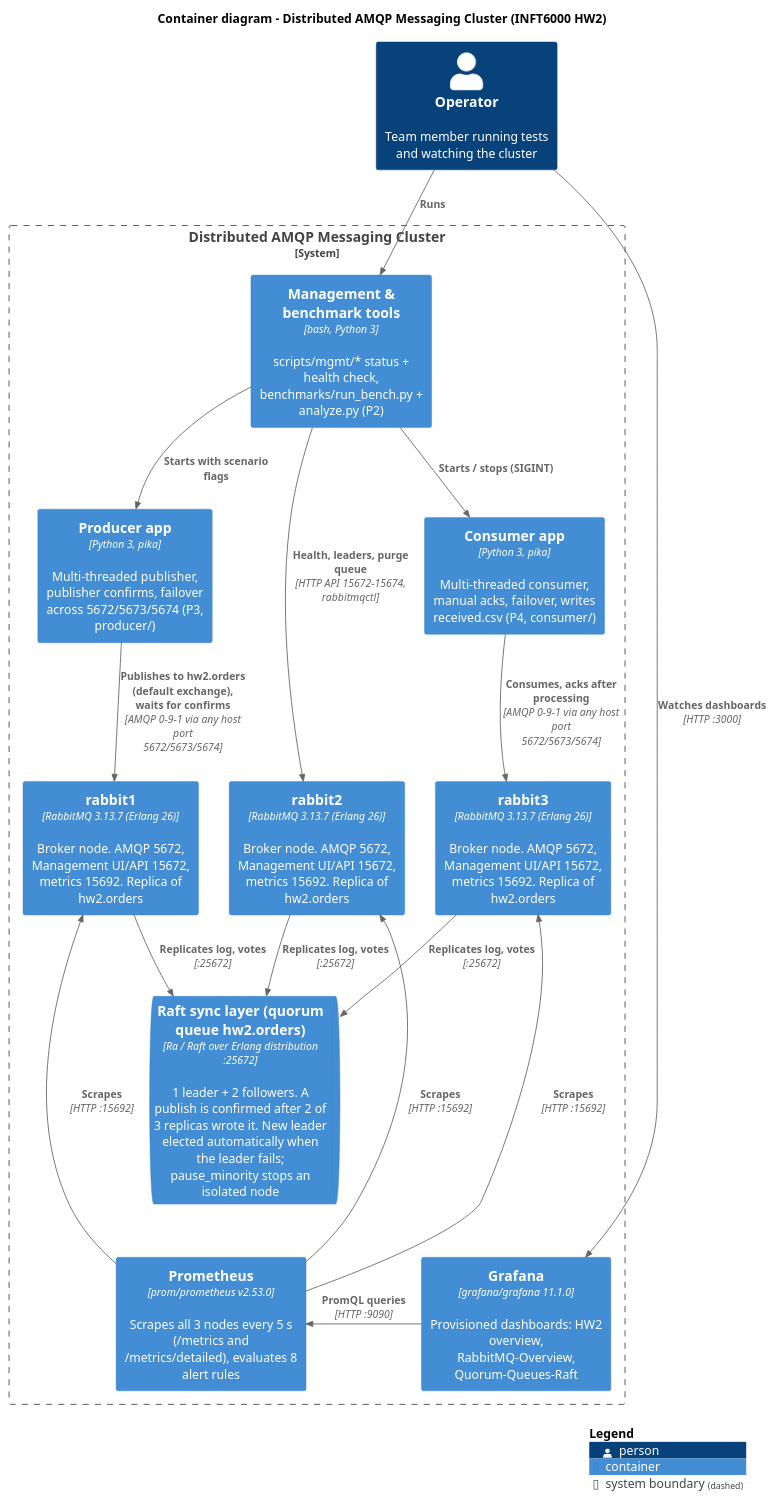
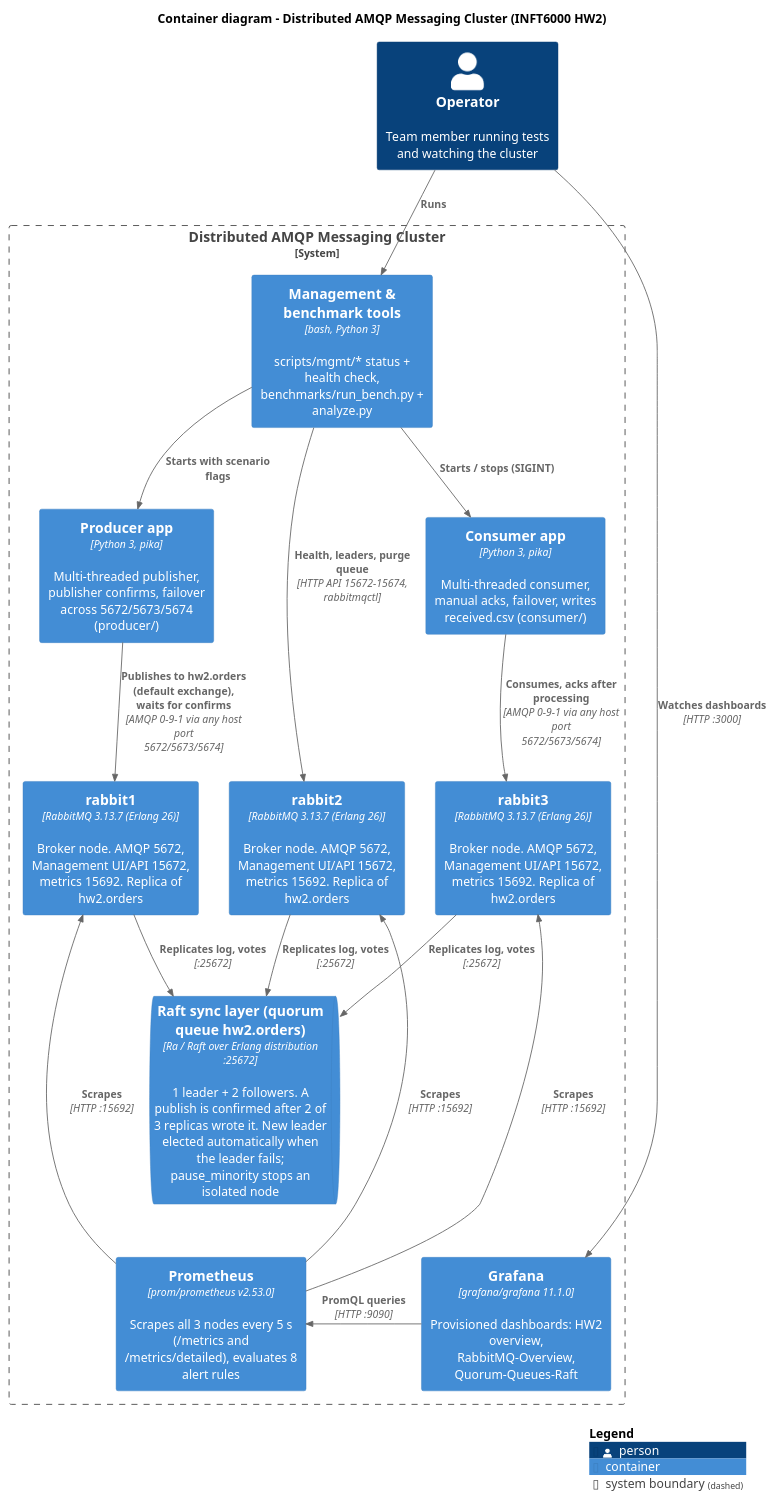
The diagram in docs/c4/container-diagram.puml (dimamverdiyeva15764/INFT6000-HW2-RabbitMQ-Cluster), drawn with PlantUML before and after one commit. The commit also changed 295 other files, not shown here.

```diff
--- a/docs/c4/container-diagram.puml
+++ b/docs/c4/container-diagram.puml
@@ -1,51 +1,51 @@
 @startuml container-diagram
-' C4 Level 2 - Container diagram (owner: P2). Matches docker-compose.yml and monitoring/.
+' C4 Level 2 - Container diagram. Matches docker-compose.yml and monitoring/.
 ' Render: paste into https://www.plantuml.com/plantuml  or  java -jar plantuml.jar -tpng container-diagram.puml
 !include https://raw.githubusercontent.com/plantuml-stdlib/C4-PlantUML/v2.11.0/C4_Container.puml
 
 LAYOUT_TOP_DOWN()
 title Container diagram - Distributed AMQP Messaging Cluster (INFT6000 HW2)
 
 Person(ops, "Operator", "Team member running tests and watching the cluster")
 
 System_Boundary(sys, "Distributed AMQP Messaging Cluster") {
-  Container(prod, "Producer app", "Python 3, pika", "Multi-threaded publisher, publisher confirms, failover across 5672/5673/5674 (P3, producer/)")
-  Container(tools, "Management & benchmark tools", "bash, Python 3", "scripts/mgmt/* status + health check, benchmarks/run_bench.py + analyze.py (P2)")
-  Container(cons, "Consumer app", "Python 3, pika", "Multi-threaded consumer, manual acks, failover, writes received.csv (P4, consumer/)")
+  Container(prod, "Producer app", "Python 3, pika", "Multi-threaded publisher, publisher confirms, failover across 5672/5673/5674 (producer/)")
+  Container(tools, "Management & benchmark tools", "bash, Python 3", "scripts/mgmt/* status + health check, benchmarks/run_bench.py + analyze.py")
+  Container(cons, "Consumer app", "Python 3, pika", "Multi-threaded consumer, manual acks, failover, writes received.csv (consumer/)")
 
   Container(r1, "rabbit1", "RabbitMQ 3.13.7 (Erlang 26)", "Broker node. AMQP 5672, Management UI/API 15672, metrics 15692. Replica of hw2.orders")
   Container(r2, "rabbit2", "RabbitMQ 3.13.7 (Erlang 26)", "Broker node. AMQP 5672, Management UI/API 15672, metrics 15692. Replica of hw2.orders")
   Container(r3, "rabbit3", "RabbitMQ 3.13.7 (Erlang 26)", "Broker node. AMQP 5672, Management UI/API 15672, metrics 15692. Replica of hw2.orders")
 
   ContainerQueue(raft, "Raft sync layer (quorum queue hw2.orders)", "Ra / Raft over Erlang distribution :25672", "1 leader + 2 followers. A publish is confirmed after 2 of 3 replicas wrote it. New leader elected automatically when the leader fails; pause_minority stops an isolated node")
 
   Container(prom, "Prometheus", "prom/prometheus v2.53.0", "Scrapes all 3 nodes every 5 s (/metrics and /metrics/detailed), evaluates 8 alert rules")
   Container(graf, "Grafana", "grafana/grafana 11.1.0", "Provisioned dashboards: HW2 overview, RabbitMQ-Overview, Quorum-Queues-Raft")
 }
 
 Rel(prod, r1, "Publishes to hw2.orders (default exchange), waits for confirms", "AMQP 0-9-1 via any host port 5672/5673/5674")
 Rel(cons, r3, "Consumes, acks after processing", "AMQP 0-9-1 via any host port 5672/5673/5674")
 Rel(tools, r2, "Health, leaders, purge queue", "HTTP API 15672-15674, rabbitmqctl")
 Rel(tools, prod, "Starts with scenario flags")
 Rel(tools, cons, "Starts / stops (SIGINT)")
 
 Rel(r1, raft, "Replicates log, votes", ":25672")
 Rel(r2, raft, "Replicates log, votes", ":25672")
 Rel(r3, raft, "Replicates log, votes", ":25672")
 
 Rel_U(prom, r1, "Scrapes", "HTTP :15692")
 Rel_U(prom, r2, "Scrapes", "HTTP :15692")
 Rel_U(prom, r3, "Scrapes", "HTTP :15692")
 Rel_L(graf, prom, "PromQL queries", "HTTP :9090")
 
 Rel(ops, tools, "Runs")
 Rel(ops, graf, "Watches dashboards", "HTTP :3000")
 
 
 
 Lay_R(r1, r2)
 Lay_R(r2, r3)
 Lay_D(raft, prom)
 
 SHOW_LEGEND()
 @enduml
```
